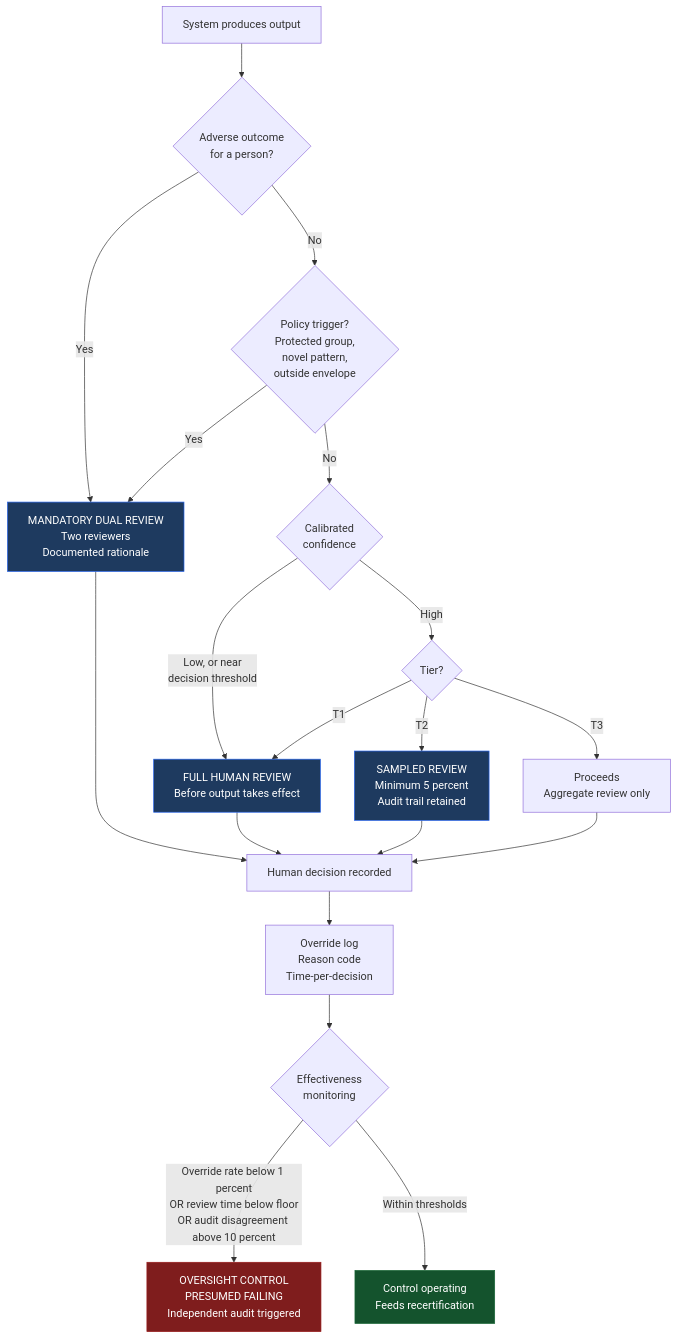
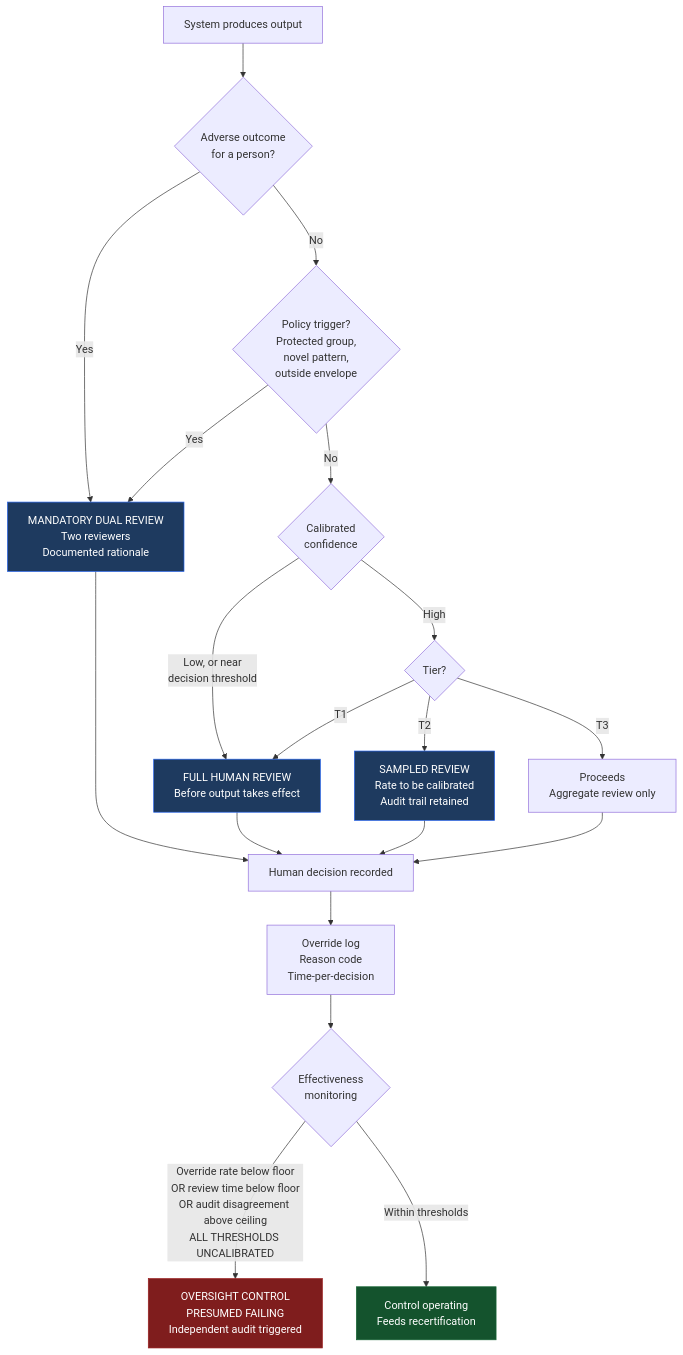
The diagram in architecture/diagrams/03-human-oversight-routing.md (CarltonBurney/AI-Neural-Governance), drawn with Mermaid before and after one commit. The commit also changed other lines of this file and 11 other files, not shown here.

````diff
--- a/architecture/diagrams/03-human-oversight-routing.md
+++ b/architecture/diagrams/03-human-oversight-routing.md
@@ -5,35 +5,35 @@
 ```mermaid
 flowchart TD
     OUT["System produces output"] --> ADVERSE{"Adverse outcome<br/>for a person?"}
 
     ADVERSE -->|Yes| DUAL["MANDATORY DUAL REVIEW<br/>Two reviewers<br/>Documented rationale"]
     ADVERSE -->|No| POLICY{"Policy trigger?<br/>Protected group,<br/>novel pattern,<br/>outside envelope"}
 
     POLICY -->|Yes| DUAL
     POLICY -->|No| CONF{"Calibrated<br/>confidence"}
 
     CONF -->|"Low, or near<br/>decision threshold"| FULL["FULL HUMAN REVIEW<br/>Before output takes effect"]
     CONF -->|High| TIERCHK{"Tier?"}
 
     TIERCHK -->|T1| FULL
-    TIERCHK -->|T2| SAMPLE["SAMPLED REVIEW<br/>Minimum 5 percent<br/>Audit trail retained"]
+    TIERCHK -->|T2| SAMPLE["SAMPLED REVIEW<br/>Rate to be calibrated<br/>Audit trail retained"]
     TIERCHK -->|T3| AUTO["Proceeds<br/>Aggregate review only"]
 
     DUAL --> DECIDE["Human decision recorded"]
     FULL --> DECIDE
     SAMPLE --> DECIDE
     AUTO --> DECIDE
 
     DECIDE --> LOGGED["Override log<br/>Reason code<br/>Time-per-decision"]
     LOGGED --> MONITOR{"Effectiveness<br/>monitoring"}
 
-    MONITOR -->|"Override rate below 1 percent<br/>OR review time below floor<br/>OR audit disagreement above 10 percent"| INVESTIGATE["OVERSIGHT CONTROL<br/>PRESUMED FAILING<br/>Independent audit triggered"]
+    MONITOR -->|"Override rate below floor<br/>OR review time below floor<br/>OR audit disagreement above ceiling<br/>ALL THRESHOLDS UNCALIBRATED"| INVESTIGATE["OVERSIGHT CONTROL<br/>PRESUMED FAILING<br/>Independent audit triggered"]
     MONITOR -->|Within thresholds| HEALTHY["Control operating<br/>Feeds recertification"]
 
     classDef review fill:#1e3a5f,stroke:#2563eb,color:#fff
     classDef alarm fill:#7f1d1d,stroke:#991b1b,color:#fff
     classDef ok fill:#14532d,stroke:#166534,color:#fff
     class DUAL,FULL,SAMPLE review
     class INVESTIGATE alarm
     class HEALTHY ok
 ```
````
